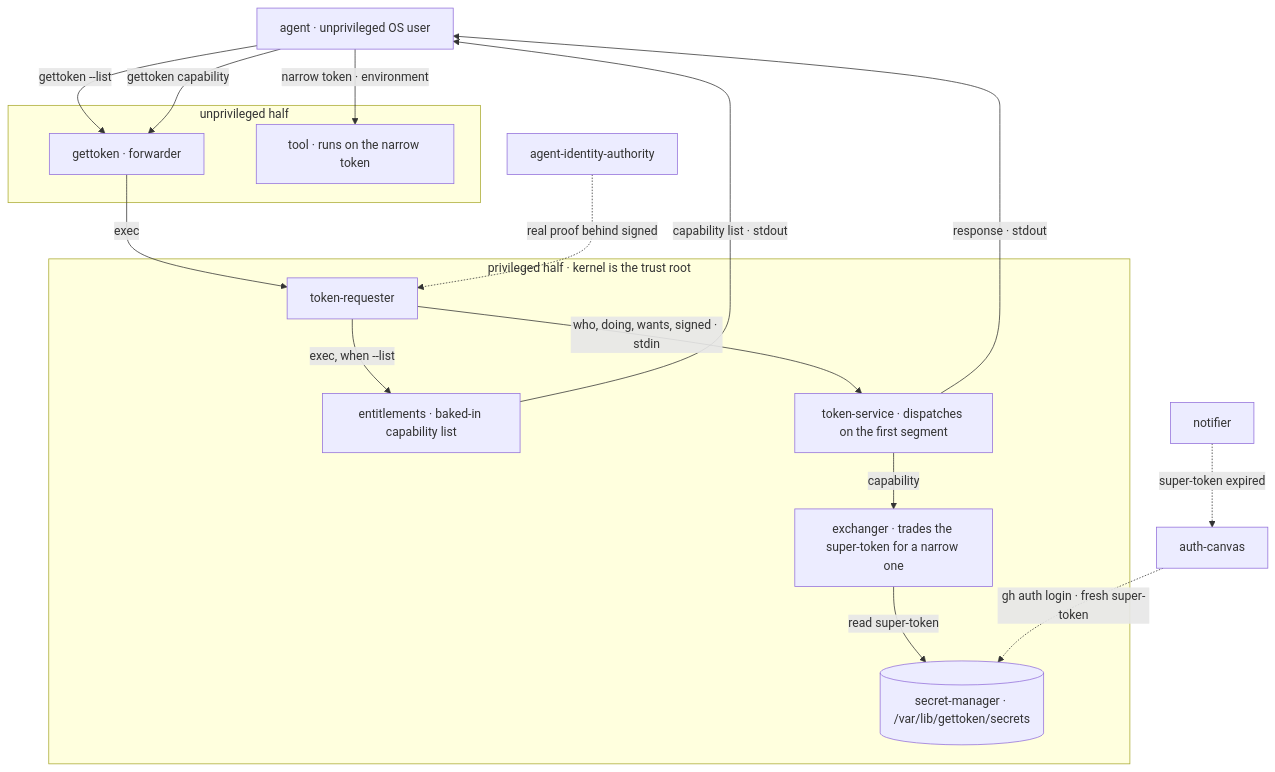
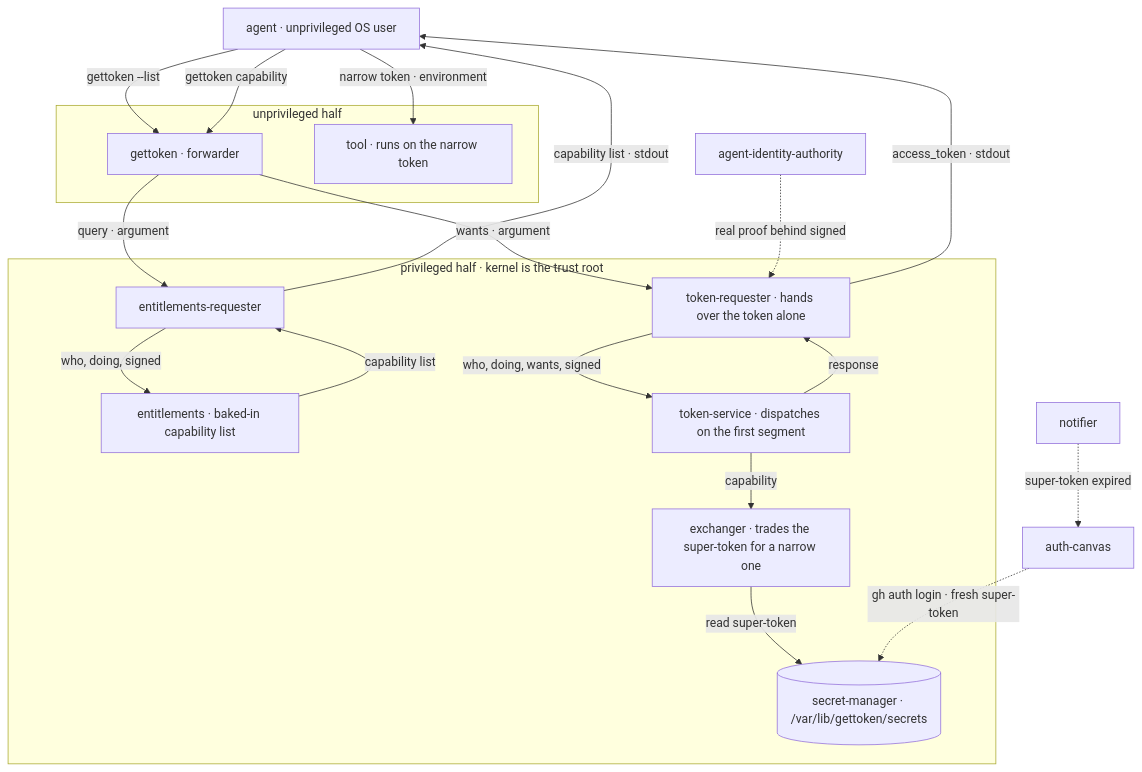
One commit to thruput-io/gettoken changed the first of 2 diagrams in README.md. Above: the diagram before and after it, drawn with Mermaid. The commit also changed other lines of this file and 37 other files, not shown here.

````diff
--- a/README.md
+++ b/README.md
@@ -83,32 +83,36 @@
 ```mermaid
 flowchart TD
   AG["agent · unprivileged OS user"]
 
   subgraph UNPRIV["unprivileged half"]
     GT["gettoken · forwarder"]
     TL["tool · runs on the narrow token"]
   end
 
   subgraph PRIV["privileged half · kernel is the trust root"]
-    TR["token-requester"]
+    TR["token-requester · hands over the token alone"]
+    ER["entitlements-requester"]
     EN["entitlements · baked-in capability list"]
     TS["token-service · dispatches on the first segment"]
     EX["exchanger · trades the super-token for a narrow one"]
     SM[("secret-manager · /var/lib/gettoken/secrets")]
   end
 
   AG -->|"gettoken --list"| GT
   AG -->|"gettoken capability"| GT
-  GT -->|"exec"| TR
-  TR -->|"exec, when --list"| EN
-  TR -->|"who, doing, wants, signed · stdin"| TS
+  GT -->|"query · argument"| ER
+  GT -->|"wants · argument"| TR
+  ER -->|"who, doing, signed"| EN
+  TR -->|"who, doing, wants, signed"| TS
   TS -->|"capability"| EX
   EX -->|"read super-token"| SM
-  EN -->|"capability list · stdout"| AG
-  TS -->|"response · stdout"| AG
+  EN -->|"capability list"| ER
+  ER -->|"capability list · stdout"| AG
+  TS -->|"response"| TR
+  TR -->|"access_token · stdout"| AG
   AG -->|"narrow token · environment"| TL
 
   NF["notifier"] -.->|"super-token expired"| AC["auth-canvas"]
   AC -.->|"gh auth login · fresh super-token"| SM
   AIA["agent-identity-authority"] -.->|"real proof behind signed"| TR
 ```
````
